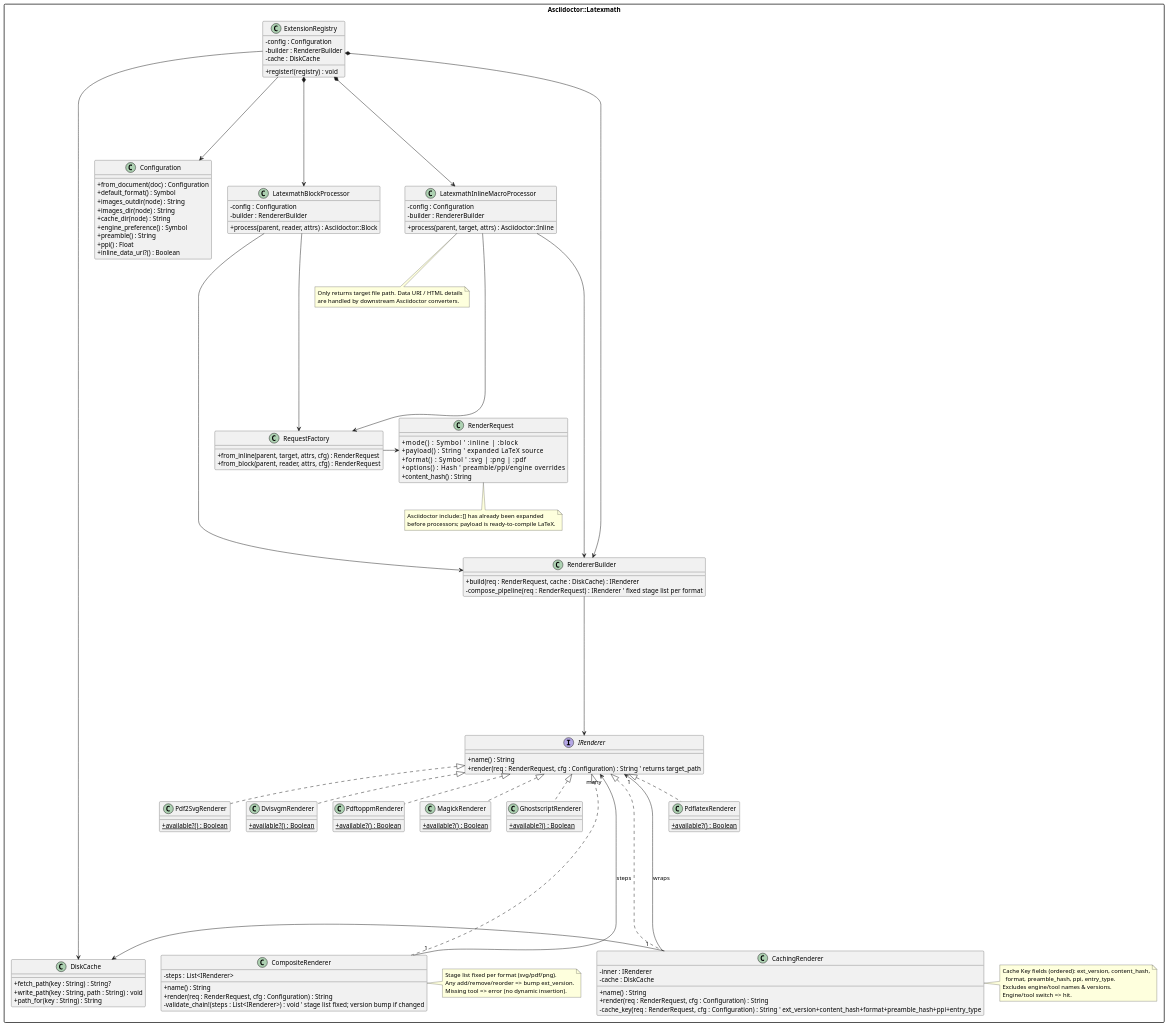
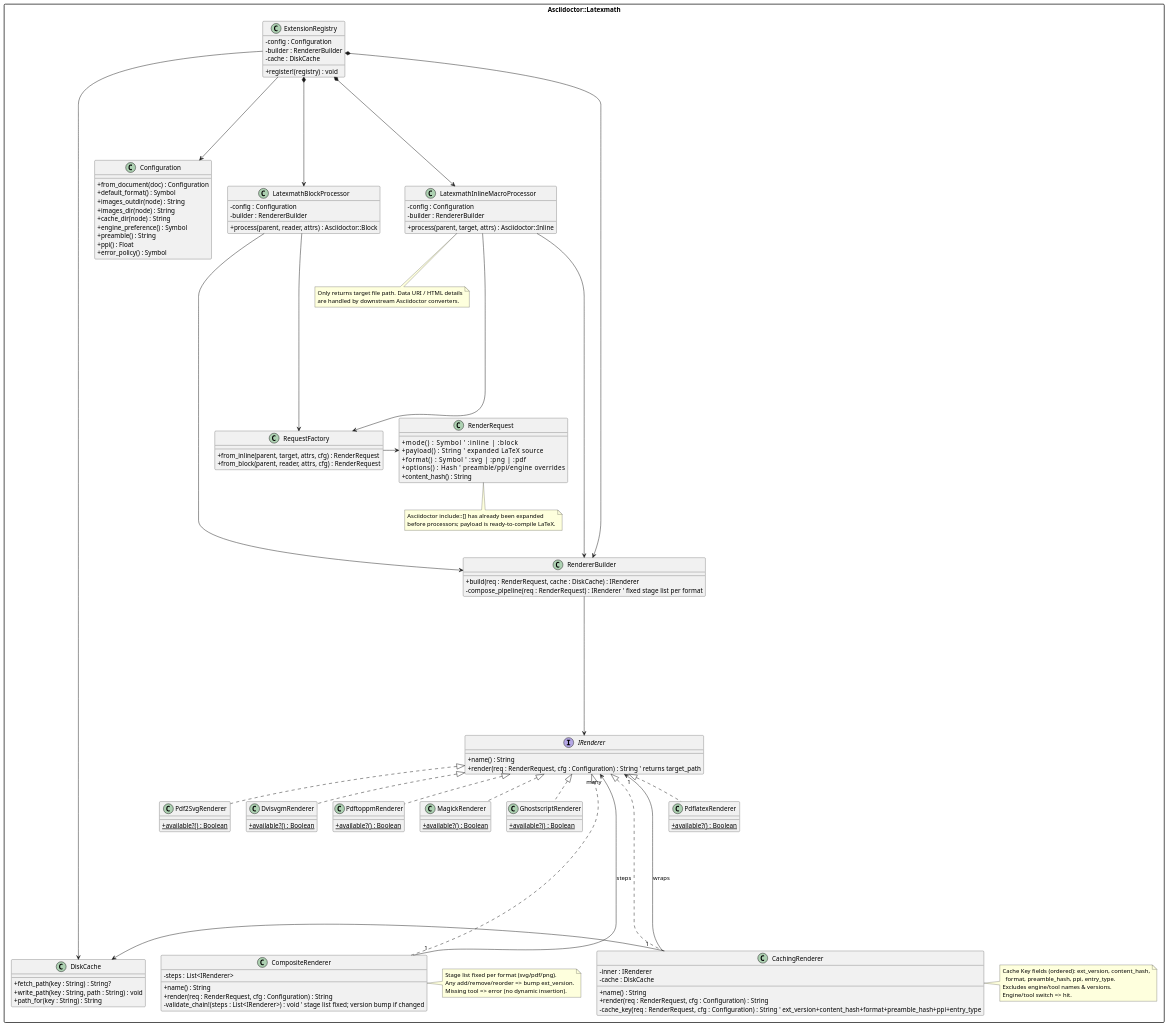
One commit to hcoona/asciidoctor-latexmath changed the first of 2 diagrams in DESIGN.md. Above: the diagram before and after it, drawn with PlantUML. The commit also changed other lines of this file and 14 other files, not shown here.

```diff
--- a/DESIGN.md
+++ b/DESIGN.md
@@ -79,7 +79,7 @@
     +engine_preference() : Symbol
     +preamble() : String
     +ppi() : Float
-    +inline_data_uri?() : Boolean
+    +error_policy() : Symbol
   }
 
   class RendererBuilder {
```
